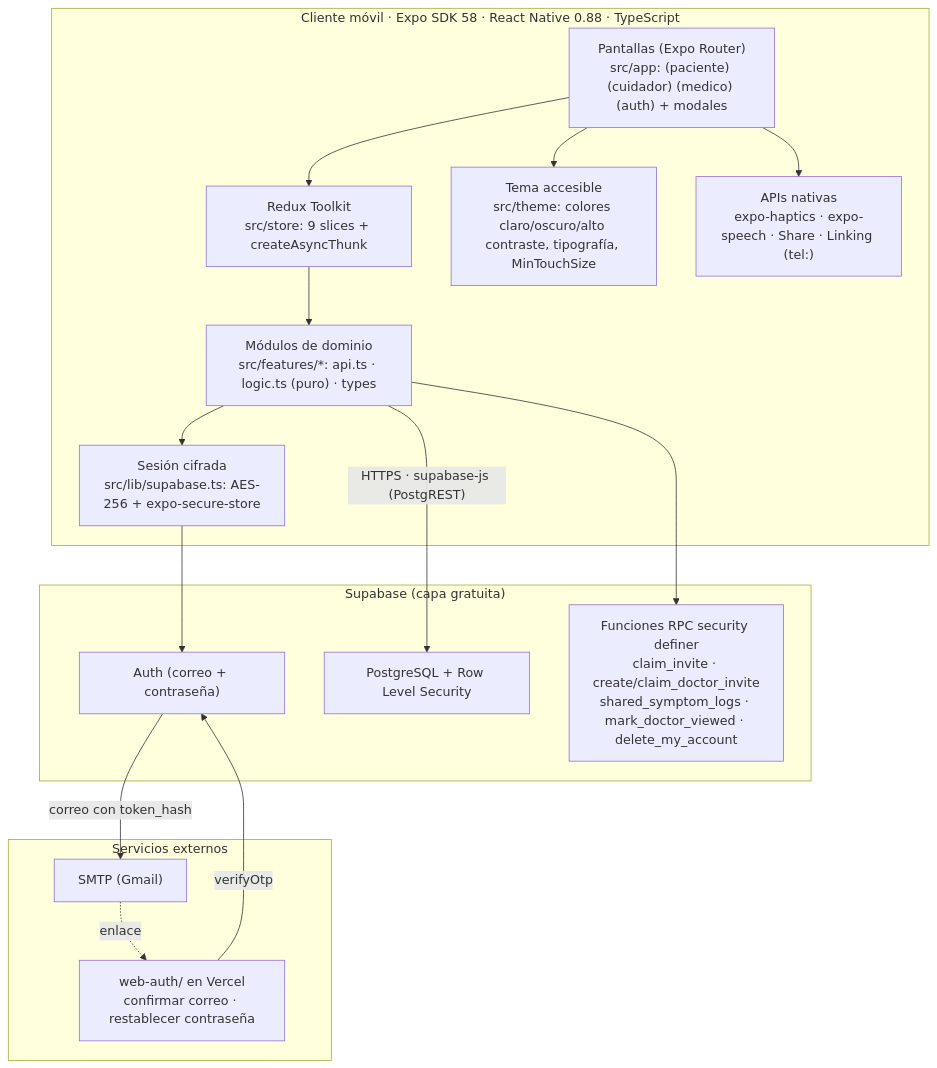
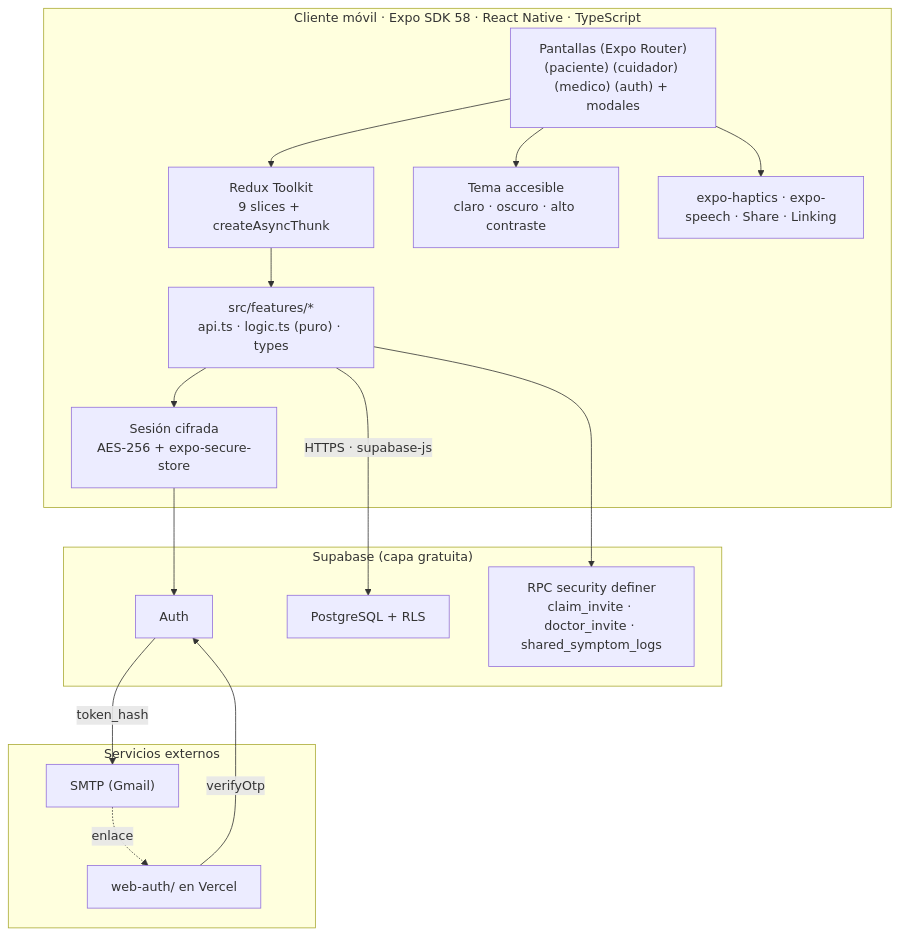
Before and after one commit to SamuelBlanco-65/NEUROTRACK_EM: the first of 2 diagrams in docs/ENTREGA-FINAL.md, drawn with Mermaid. The commit also changed other lines of this file and 31 other files, not shown here.

````diff
--- a/docs/ENTREGA-FINAL.md
+++ b/docs/ENTREGA-FINAL.md
@@ -84,30 +72,29 @@
 ```mermaid
 flowchart TB
-  subgraph Cliente["Cliente móvil · Expo SDK 58 · React Native 0.88 · TypeScript"]
-    UI["Pantallas (Expo Router)<br/>src/app: (paciente) (cuidador) (medico) (auth) + modales"]
-    Store["Redux Toolkit<br/>src/store: 9 slices + createAsyncThunk"]
-    Feat["Módulos de dominio<br/>src/features/*: api.ts · logic.ts (puro) · types"]
-    Theme["Tema accesible<br/>src/theme: colores claro/oscuro/alto contraste, tipografía, MinTouchSize"]
-    Sess["Sesión cifrada<br/>src/lib/supabase.ts: AES-256 + expo-secure-store"]
-    Native["APIs nativas<br/>expo-haptics · expo-speech · Share · Linking (tel:)"]
-    UI --> Store --> Feat
+  subgraph Cliente["Cliente móvil · Expo SDK 58 · React Native · TypeScript"]
+    UI["Pantallas (Expo Router)<br/>(paciente) (cuidador) (medico) (auth) + modales"]
+    Store["Redux Toolkit<br/>9 slices + createAsyncThunk"]
+    Feat["src/features/*<br/>api.ts · logic.ts (puro) · types"]
+    Theme["Tema accesible<br/>claro · oscuro · alto contraste"]
+    Sess["Sesión cifrada<br/>AES-256 + expo-secure-store"]
+    Native["expo-haptics · expo-speech · Share · Linking"]
+    UI --> Store --> Feat --> Sess
     UI --> Theme
     UI --> Native
-    Feat --> Sess
   end
   subgraph Supabase["Supabase (capa gratuita)"]
-    Auth["Auth (correo + contraseña)"]
-    PG["PostgreSQL + Row Level Security"]
-    RPC["Funciones RPC security definer<br/>claim_invite · create/claim_doctor_invite<br/>shared_symptom_logs · mark_doctor_viewed · delete_my_account"]
+    Auth["Auth"]
+    PG["PostgreSQL + RLS"]
+    RPC["RPC security definer<br/>claim_invite · doctor_invite · shared_symptom_logs"]
   end
   subgraph Externos["Servicios externos"]
     SMTP["SMTP (Gmail)"]
-    Web["web-auth/ en Vercel<br/>confirmar correo · restablecer contraseña"]
+    Web["web-auth/ en Vercel"]
   end
-  Feat -- "HTTPS · supabase-js (PostgREST)" --> PG
+  Feat -- "HTTPS · supabase-js" --> PG
   Feat --> RPC
   Sess --> Auth
-  Auth -- "correo con token_hash" --> SMTP
+  Auth -- "token_hash" --> SMTP
   SMTP -. "enlace" .-> Web
   Web -- "verifyOtp" --> Auth
 ```
````
